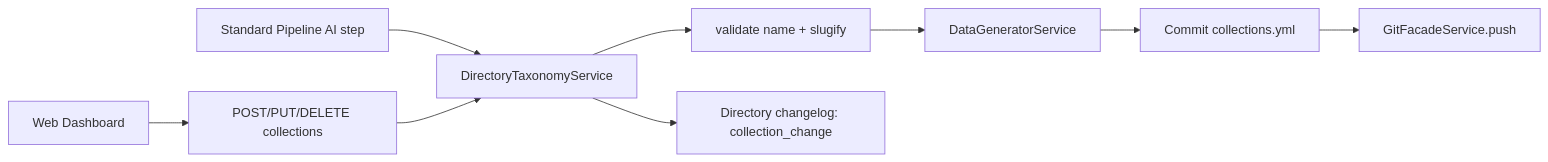
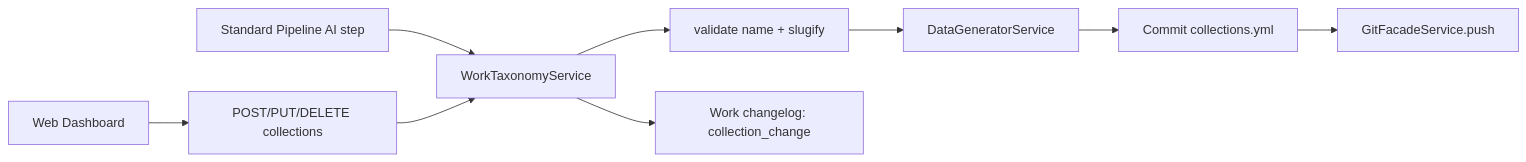
Before and after one commit to ever-works/ever-works: the diagram in docs/specs/features/collections/plan.md, drawn with Mermaid. The commit also changed other lines of this file and 395 other files, not shown here.

````diff
--- a/docs/specs/features/collections/plan.md
+++ b/docs/specs/features/collections/plan.md
@@ -12,11 +12,11 @@
 ```mermaid
 flowchart LR
     UI[Web Dashboard] --> API[POST/PUT/DELETE collections]
     AI[Standard Pipeline AI step] --> Service
-    API --> Service[DirectoryTaxonomyService]
+    API --> Service[WorkTaxonomyService]
     Service --> Validate[validate name + slugify]
     Validate --> DataGen[DataGeneratorService]
     DataGen --> Repo[Commit collections.yml]
     Repo --> Push[GitFacadeService.push]
-    Service --> Changelog[Directory changelog: collection_change]
+    Service --> Changelog[Work changelog: collection_change]
 ```
````
